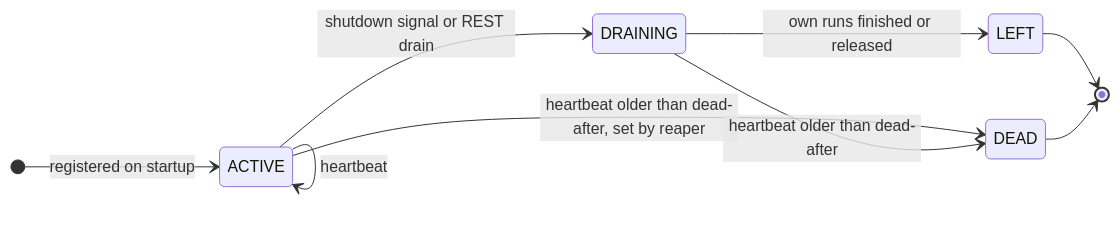
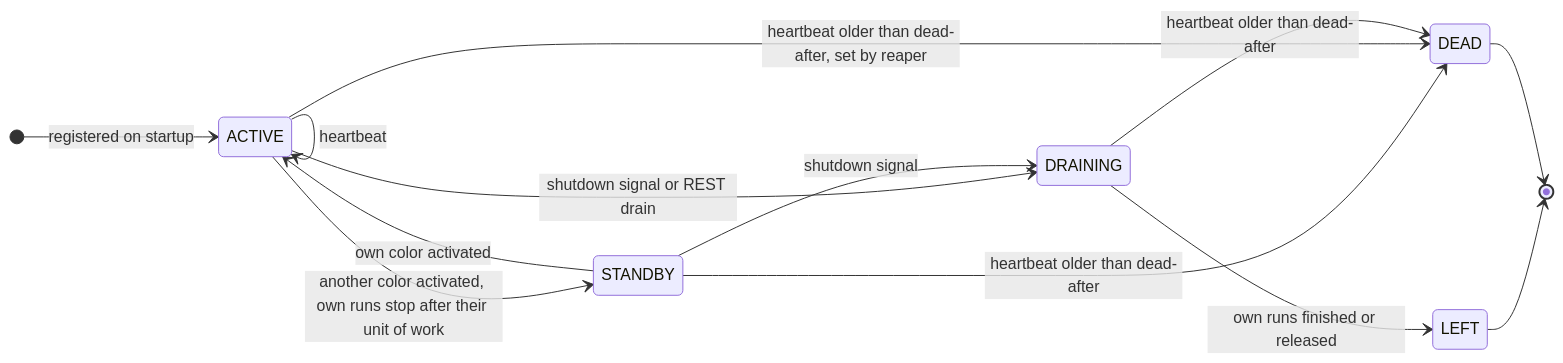
Before and after one commit to os890/poc-distributed-task-processing: the eighth of 9 diagrams in docs/design/04-lifecycles.md, drawn with Mermaid. The commit also changed other lines of this file and 32 other files, not shown here.

````diff
--- a/docs/design/04-lifecycles.md
+++ b/docs/design/04-lifecycles.md
@@ -184,12 +184,16 @@
 ```mermaid
 stateDiagram-v2
     direction LR
     [*] --> ACTIVE : registered on startup
     ACTIVE --> ACTIVE : heartbeat
     ACTIVE --> DRAINING : shutdown signal or REST drain
+    ACTIVE --> STANDBY : another color activated, own runs stop after their unit of work
+    STANDBY --> ACTIVE : own color activated
+    STANDBY --> DRAINING : shutdown signal
+    STANDBY --> DEAD : heartbeat older than dead-after
     DRAINING --> LEFT : own runs finished or released
     ACTIVE --> DEAD : heartbeat older than dead-after, set by reaper
     DRAINING --> DEAD : heartbeat older than dead-after
     LEFT --> [*]
     DEAD --> [*]
 ```
````
